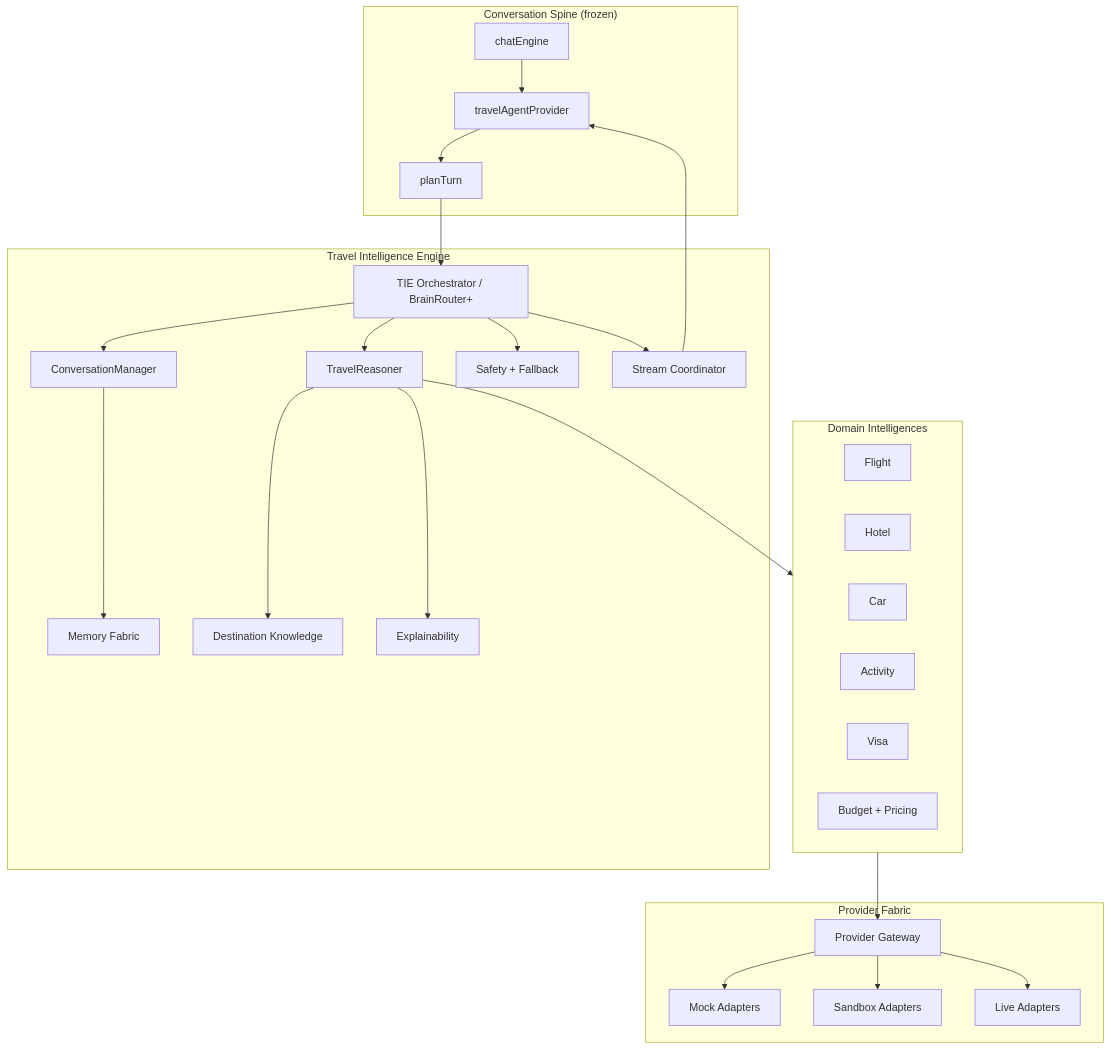
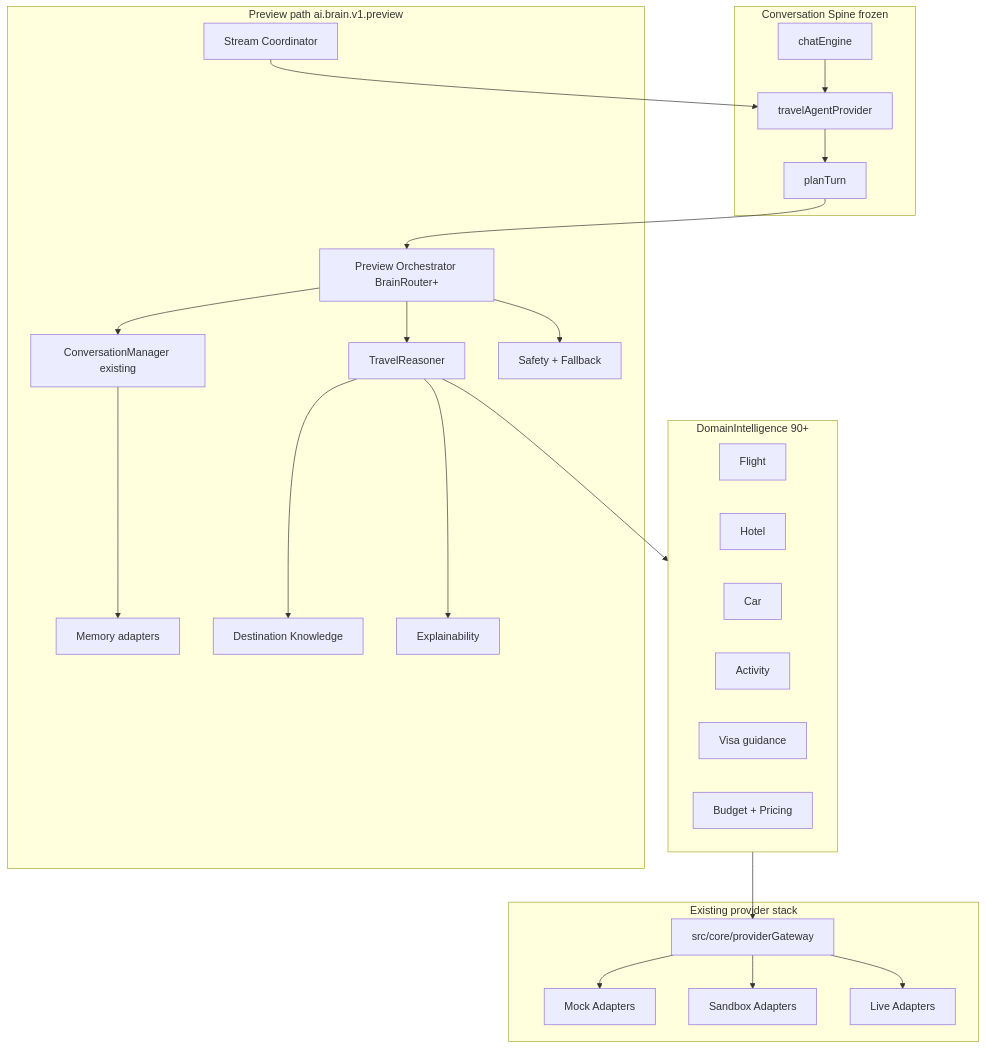
Before and after one commit to SamiAlamoudi/rahhal-ai-platform: the fifth of 6 diagrams in docs/ARCHITECTURE_TRAVEL_INTELLIGENCE_ENGINE_SPRINT88-95.md, drawn with Mermaid. The commit also changed other lines of this file, not shown here.

First line of the commit message:
docs: revise TIE architecture ADD per review required changes

````diff
--- a/docs/ARCHITECTURE_TRAVEL_INTELLIGENCE_ENGINE_SPRINT88-95.md
+++ b/docs/ARCHITECTURE_TRAVEL_INTELLIGENCE_ENGINE_SPRINT88-95.md
@@ -576,50 +862,49 @@
 ```mermaid
 flowchart TB
-  subgraph Spine["Conversation Spine (frozen)"]
+  subgraph Spine["Conversation Spine frozen"]
     Chat[chatEngine]
     TAP[travelAgentProvider]
     PT[planTurn]
   end
 
-  subgraph TIE["Travel Intelligence Engine"]
-    ORCH[TIE Orchestrator / BrainRouter+]
-    CM[ConversationManager]
-    MEM[Memory Fabric]
+  subgraph Preview["Preview path ai.brain.v1.preview"]
+    ORCH[Preview Orchestrator BrainRouter+]
+    CM[ConversationManager existing]
+    MEM[Memory adapters]
     REASON[TravelReasoner]
     DK[Destination Knowledge]
     XAI[Explainability]
     SAFE[Safety + Fallback]
     STREAM[Stream Coordinator]
   end
 
-  subgraph Domains["Domain Intelligences"]
+  subgraph Domains["DomainIntelligence 90+"]
     F[Flight]
     H[Hotel]
     C[Car]
     A[Activity]
-    V[Visa]
+    V[Visa guidance]
     B[Budget + Pricing]
   end
 
-  subgraph Providers["Provider Fabric"]
-    GW[Provider Gateway]
+  subgraph Providers["Existing provider stack"]
+    GW[src/core/providerGateway]
     M[Mock Adapters]
     S[Sandbox Adapters]
     L[Live Adapters]
   end
 
   Chat --> TAP --> PT
   PT --> ORCH
   ORCH --> CM --> MEM
   ORCH --> REASON
   REASON --> DK
   REASON --> Domains
   Domains --> GW
   GW --> M
   GW --> S
   GW --> L
   REASON --> XAI
   ORCH --> SAFE
-  ORCH --> STREAM
   STREAM --> TAP
 ```
````
